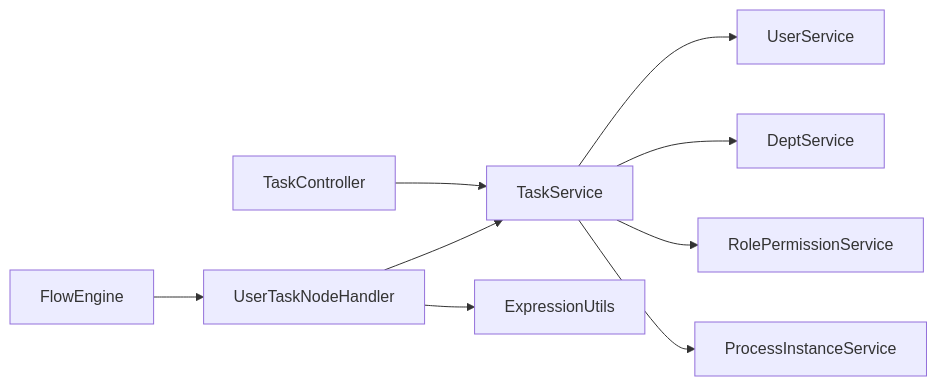
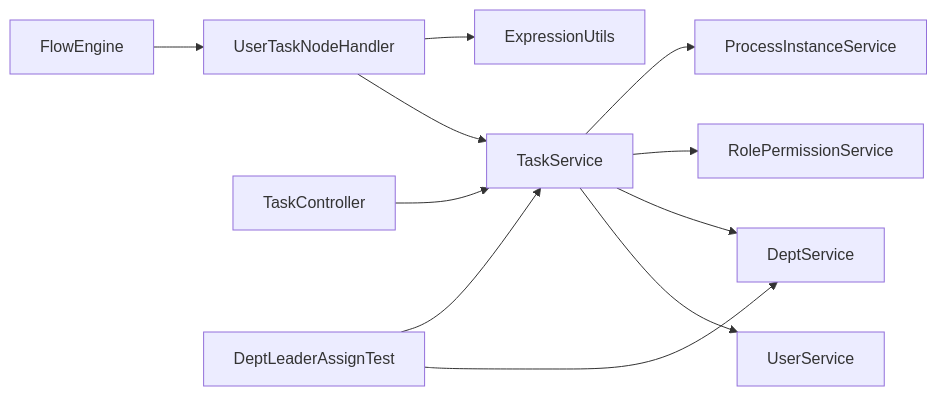
Before and after one commit to liming-lihaini/workflow: the seventh of 7 diagrams in .qoder/repowiki/zh/content/任务管理/任务分配策略.md, drawn with Mermaid. The commit also changed other lines of this file and 49 other files, not shown here.

````diff
--- a/.qoder/repowiki/zh/content/任务管理/任务分配策略.md
+++ b/.qoder/repowiki/zh/content/任务管理/任务分配策略.md
@@ -379,11 +455,13 @@
 ```mermaid
 graph LR
 TS["TaskService"] --> US["UserService"]
 TS --> DS["DeptService"]
 TS --> RPS["RolePermissionService"]
 TS --> PIS["ProcessInstanceService"]
 UTH["UserTaskNodeHandler"] --> TS
 UTH --> EU["ExpressionUtils"]
 TC["TaskController"] --> TS
 FE["FlowEngine"] --> UTH
+DLAT["DeptLeaderAssignTest"] --> DS
+DLAT --> TS
 ```
````
